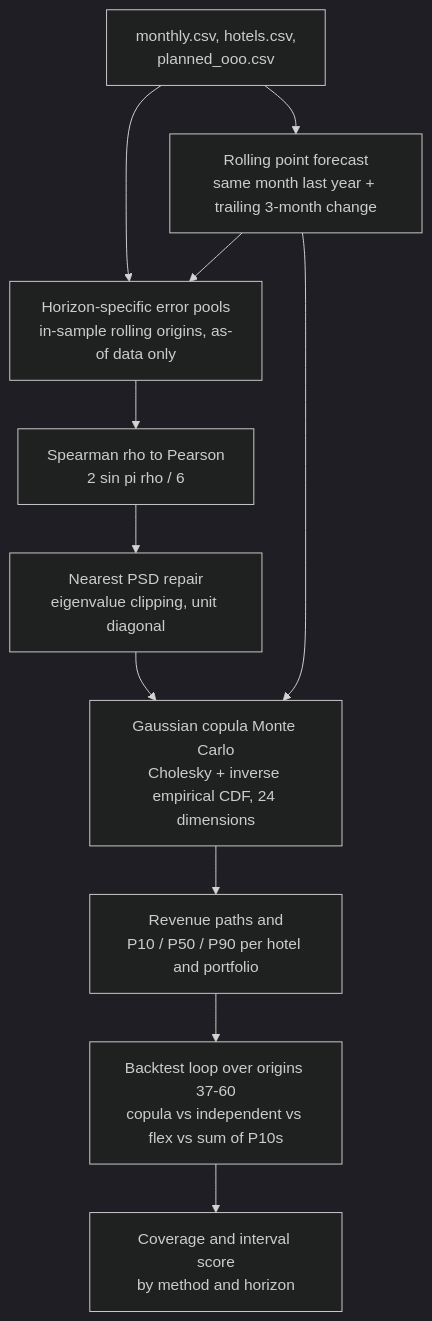
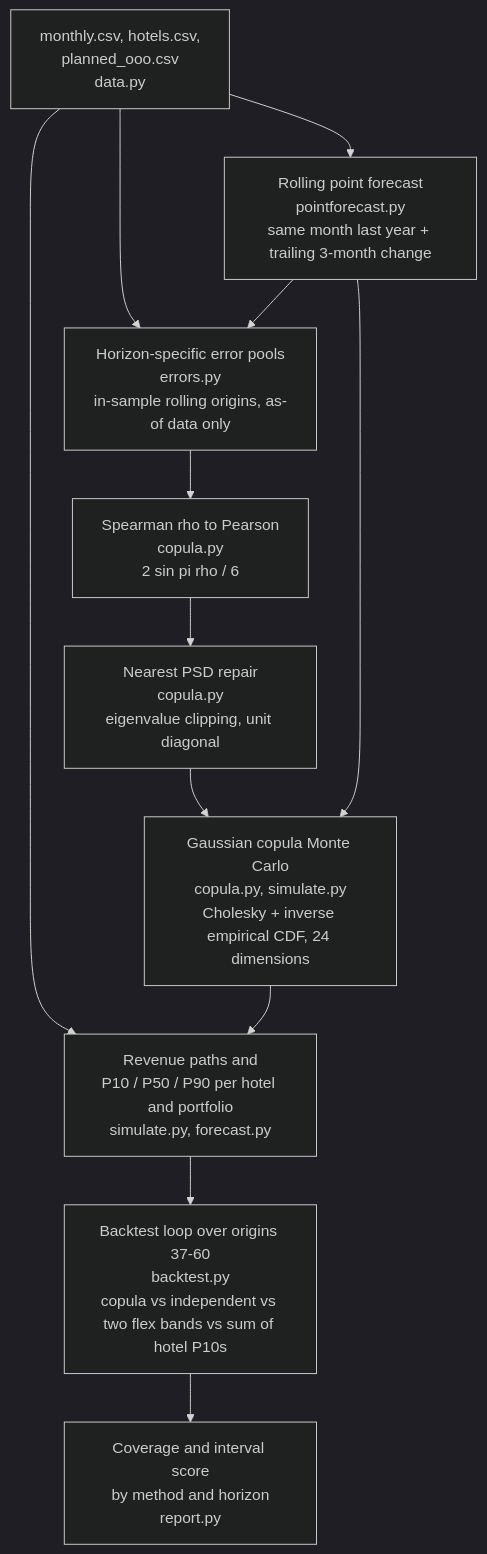
One commit to SlateGitOrg/rangecast changed the diagram in README.md. Above: the diagram before and after it, drawn with Mermaid (dark theme). The commit also changed other lines of this file, not shown here.

Commit message:
docs: flowchart names match the modules; drop the unbacked M2 claim
Label nodes with their modules, show the two flex bands and the planned_ooo input, remove the 1.5-point remark.

````diff
--- a/README.md
+++ b/README.md
@@ -26,13 +26,14 @@
 ```mermaid
 flowchart TD
-    A[monthly.csv, hotels.csv,<br/>planned_ooo.csv] --> B[Rolling point forecast<br/>same month last year + trailing 3-month change]
-    A --> C[Horizon-specific error pools<br/>in-sample rolling origins, as-of data only]
+    A[monthly.csv, hotels.csv,<br/>planned_ooo.csv<br/>data.py] --> B[Rolling point forecast<br/>pointforecast.py<br/>same month last year + trailing 3-month change]
+    A --> C[Horizon-specific error pools<br/>errors.py<br/>in-sample rolling origins, as-of data only]
     B --> C
-    C --> D[Spearman rho to Pearson<br/>2 sin pi rho / 6]
-    D --> E[Nearest PSD repair<br/>eigenvalue clipping, unit diagonal]
-    E --> F[Gaussian copula Monte Carlo<br/>Cholesky + inverse empirical CDF, 24 dimensions]
+    C --> D[Spearman rho to Pearson<br/>copula.py<br/>2 sin pi rho / 6]
+    D --> E[Nearest PSD repair<br/>copula.py<br/>eigenvalue clipping, unit diagonal]
+    E --> F[Gaussian copula Monte Carlo<br/>copula.py, simulate.py<br/>Cholesky + inverse empirical CDF, 24 dimensions]
     B --> F
-    F --> G[Revenue paths and<br/>P10 / P50 / P90 per hotel and portfolio]
-    G --> H[Backtest loop over origins 37-60<br/>copula vs independent vs flex vs sum of P10s]
-    H --> I[Coverage and interval score<br/>by method and horizon]
+    A --> G
+    F --> G[Revenue paths and<br/>P10 / P50 / P90 per hotel and portfolio<br/>simulate.py, forecast.py]
+    G --> H[Backtest loop over origins 37-60<br/>backtest.py<br/>copula vs independent vs two flex bands vs sum of hotel P10s]
+    H --> I[Coverage and interval score<br/>by method and horizon<br/>report.py]
 ```
````
